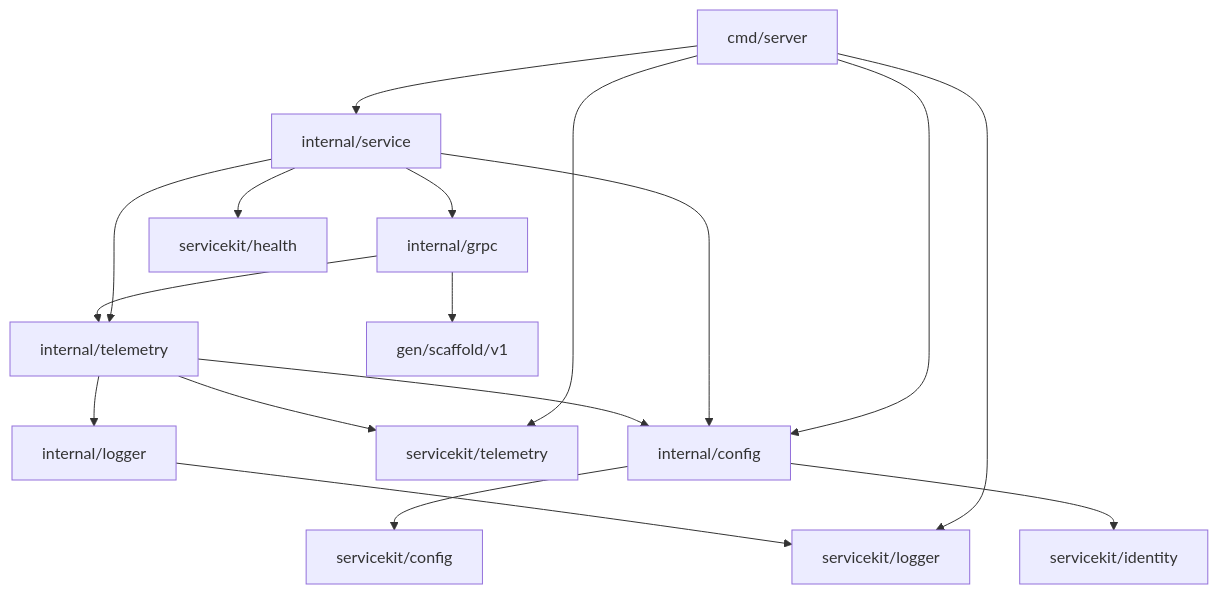
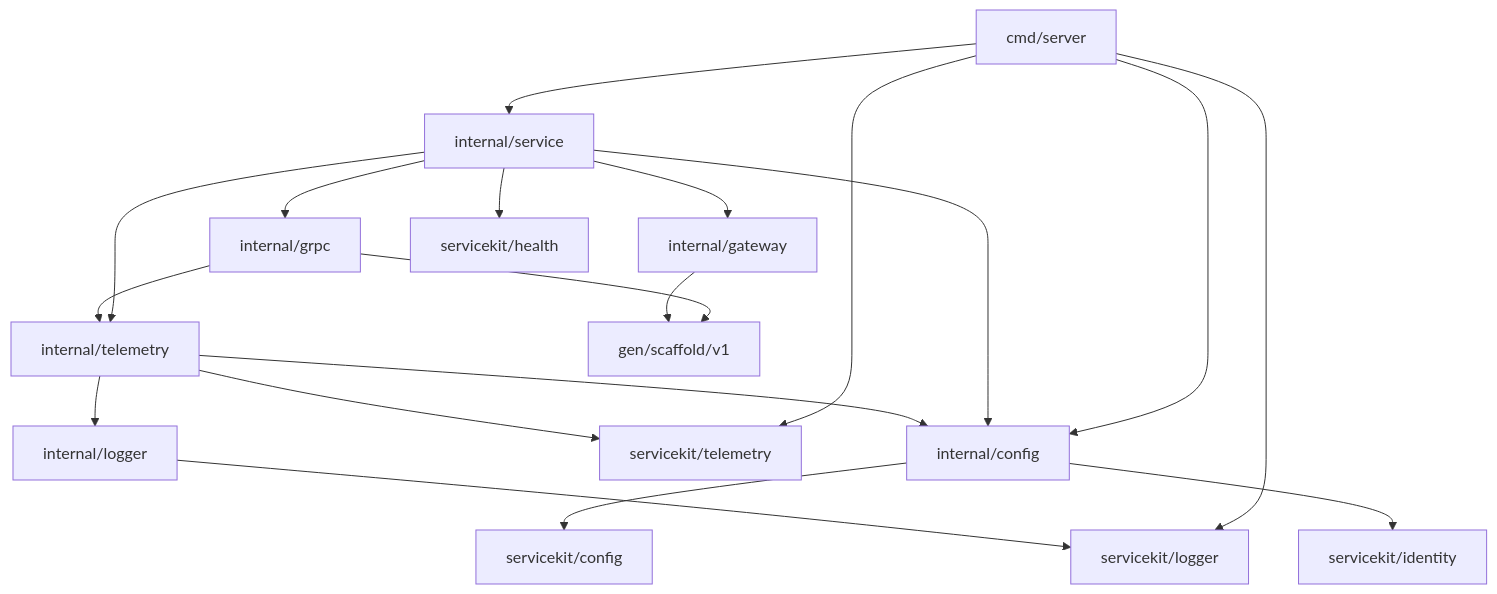
One commit to igor-baiborodine/insurance-hub changed the diagram in templates/go-service/README.md. Above: the diagram before and after it, drawn with Mermaid. The commit also changed other lines of this file and 10 other files, not shown here.

````diff
--- a/templates/go-service/README.md
+++ b/templates/go-service/README.md
@@ -384,19 +408,21 @@
 ```mermaid
 flowchart TD
     entry["cmd/server"] --> composition["internal/service"]
     entry --> config["internal/config"]
     entry --> sharedLogger["servicekit/logger"]
     entry --> sharedTelemetry["servicekit/telemetry"]
     composition --> grpc["internal/grpc"]
+    composition --> gateway["internal/gateway"]
     composition --> health["servicekit/health"]
     composition --> telemetry["internal/telemetry"]
     composition --> config
     grpc --> telemetry
     grpc --> generated["gen/scaffold/v1"]
+    gateway --> generated
     telemetry --> config
     telemetry --> logger["internal/logger"]
     telemetry --> sharedTelemetry
     logger --> sharedLogger
     config --> sharedConfig["servicekit/config"]
     config --> sharedIdentity["servicekit/identity"]
 ```
````
